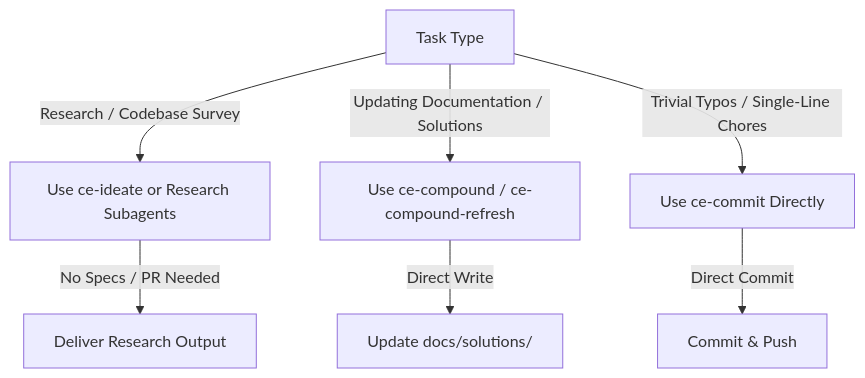
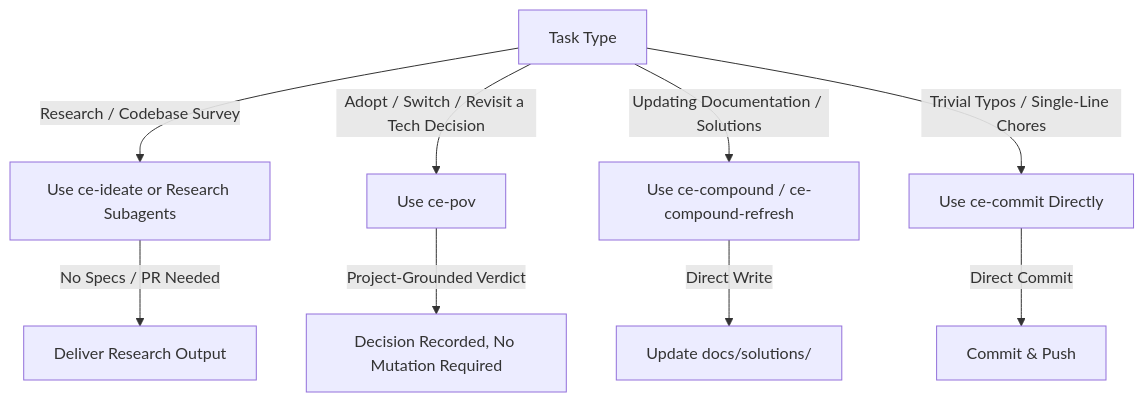
One commit to mastepanoski/ce-ai changed the fourth of 9 diagrams in docs/user-guide/quick-start-workflow-guide.md. Above: the diagram before and after it, drawn with Mermaid. The commit also changed other lines of this file and 2 other files, not shown here.

First line of the commit message:
docs(skills): document ce-pov as a bypass alongside ce-ideate

````diff
--- a/docs/user-guide/quick-start-workflow-guide.md
+++ b/docs/user-guide/quick-start-workflow-guide.md
@@ -119,10 +119,12 @@
 ```mermaid
 flowchart TD
     TASK[Task Type] -->|Research / Codebase Survey| RESEARCH[Use ce-ideate or Research Subagents]
+    TASK -->|Adopt / Switch / Revisit a Tech Decision| POV[Use ce-pov]
     TASK -->|Updating Documentation / Solutions| DOCS[Use ce-compound / ce-compound-refresh]
     TASK -->|Trivial Typos / Single-Line Chores| CHORE[Use ce-commit Directly]
 
     RESEARCH -->|No Specs / PR Needed| DONE_1[Deliver Research Output]
+    POV -->|Project-Grounded Verdict| DONE_4[Decision Recorded, No Mutation Required]
     DOCS -->|Direct Write| DONE_2[Update docs/solutions/]
     CHORE -->|Direct Commit| DONE_3[Commit & Push]
 ```
````
